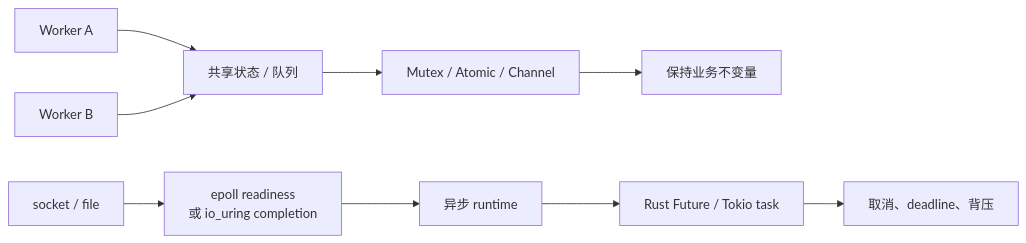
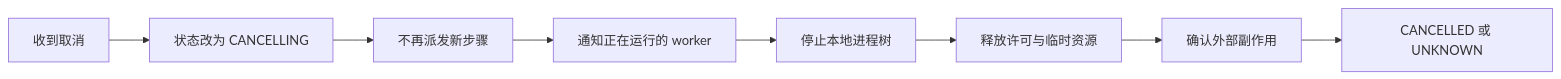
The diagram in books/ai/src/systems/concurrency_async_io.md (xizheyin/hft-book-rs), drawn with Mermaid before and after one commit. The commit also changed other lines of this file and 64 other files, not shown here.

````diff
--- a/books/ai/src/systems/concurrency_async_io.md
+++ b/books/ai/src/systems/concurrency_async_io.md
@@ -17,11 +61,10 @@
 ```mermaid
 flowchart LR
-    W1["Worker A"] --> S["共享状态 / 队列"]
-    W2["Worker B"] --> S
-    S --> M["Mutex / Atomic / Channel"]
-    M --> I["保持业务不变量"]
-    IO["socket / file"] --> E["epoll readiness<br/>或 io_uring completion"]
-    E --> R["异步 runtime"]
-    R --> T["Rust Future / Tokio task"]
-    T --> B["取消、deadline、背压"]
+    A["收到取消"] --> B["状态改为 CANCELLING"]
+    B --> C["不再派发新步骤"]
+    C --> D["通知正在运行的 worker"]
+    D --> E["停止本地进程树"]
+    E --> F["释放许可与临时资源"]
+    F --> G["确认外部副作用"]
+    G --> H["CANCELLED 或 UNKNOWN"]
 ```
````
